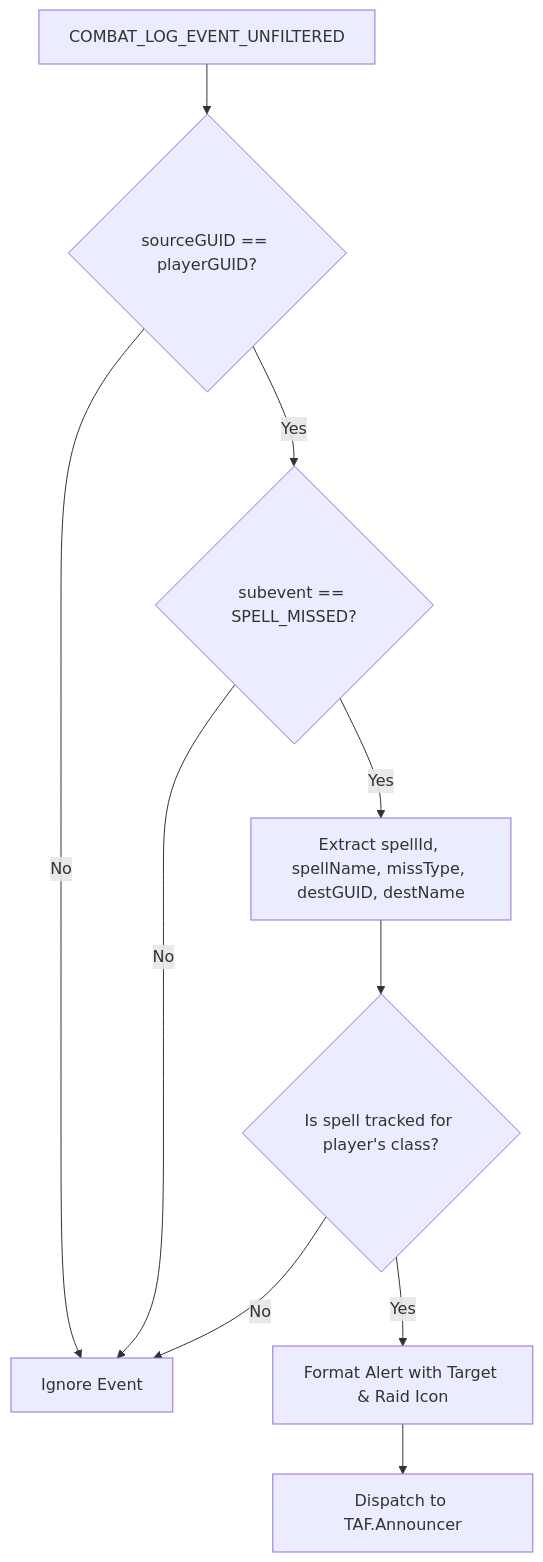
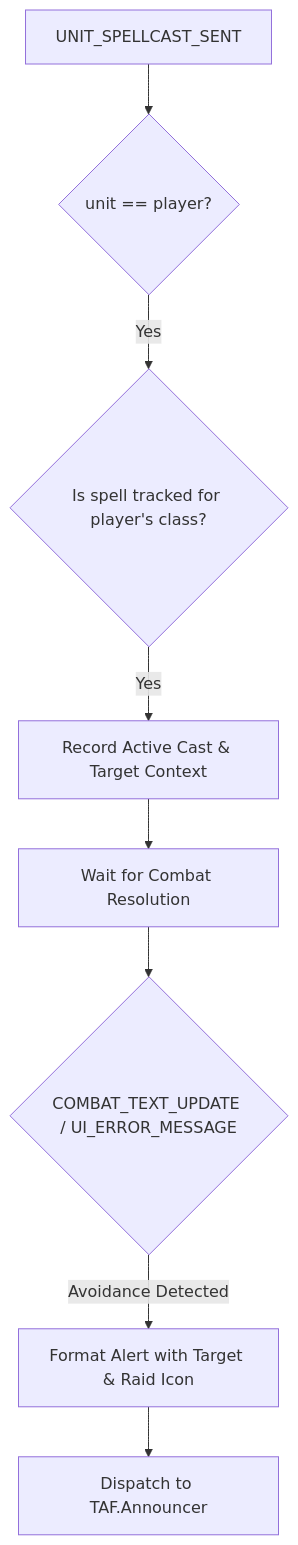
One commit to Azuriel-stream/TankAlertForever changed the diagram in DESIGN.md. Above: the diagram before and after it, drawn with Mermaid. The commit also changed other lines of this file and 1 other file, not shown here.

Commit message:
docs: update README and DESIGN with modern event pipeline and test commands

````diff
--- a/DESIGN.md
+++ b/DESIGN.md
@@ -91,12 +93,10 @@
   ```mermaid
   flowchart TD
-      A[COMBAT_LOG_EVENT_UNFILTERED] --> B{sourceGUID == playerGUID?}
-      B -- No --> C[Ignore Event]
-      B -- Yes --> D{subevent == SPELL_MISSED?}
-      D -- No --> C
-      D -- Yes --> E[Extract spellId, spellName, missType, destGUID, destName]
-      E --> F{Is spell tracked for player's class?}
-      F -- No --> C
-      F -- Yes --> G[Format Alert with Target & Raid Icon]
+      A[UNIT_SPELLCAST_SENT] --> B{unit == player?}
+      B -- Yes --> C{Is spell tracked for player's class?}
+      C -- Yes --> D[Record Active Cast & Target Context]
+      D --> E[Wait for Combat Resolution]
+      E --> F{COMBAT_TEXT_UPDATE / UI_ERROR_MESSAGE}
+      F -- Avoidance Detected --> G[Format Alert with Target & Raid Icon]
       G --> H[Dispatch to TAF.Announcer]
   ```
````
